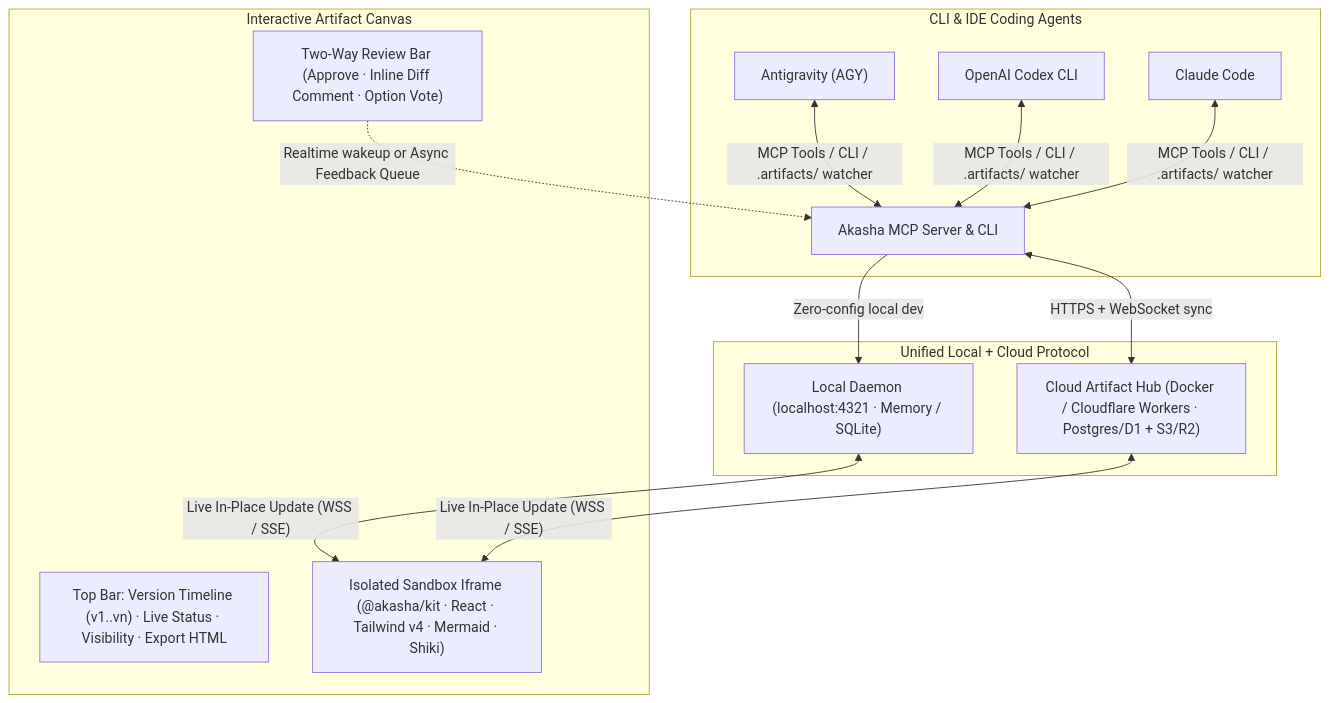
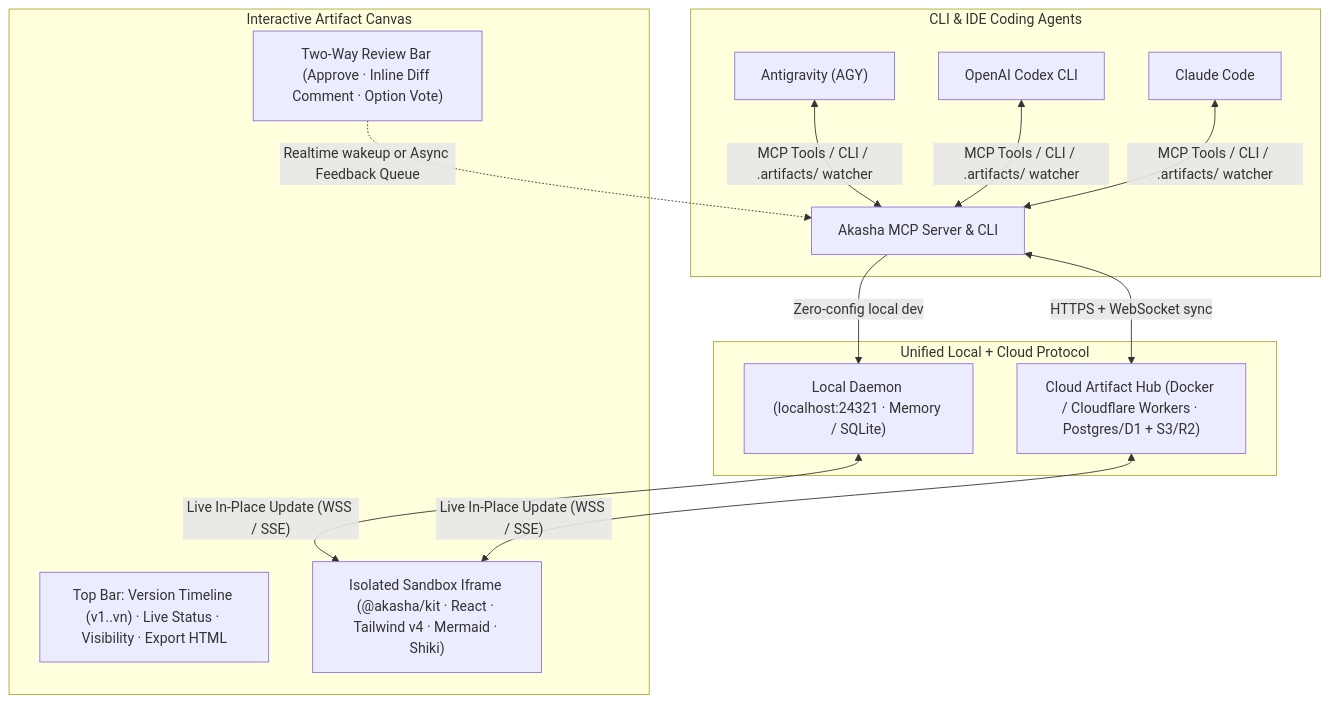
The diagram in README.md (VOD-Studio/akasha-artifacts), drawn with Mermaid before and after one commit. The commit also changed other lines of this file and 253 other files, not shown here.

````diff
--- a/README.md
+++ b/README.md
@@ -87,26 +87,26 @@
 ```mermaid
 flowchart TB
     subgraph Agents["CLI & IDE Coding Agents"]
         AG["Antigravity (AGY)"]
         CX["OpenAI Codex CLI"]
         CC["Claude Code"]
         MCP["Akasha MCP Server & CLI"]
     end
 
     subgraph Modes["Unified Local + Cloud Protocol"]
-        LOCAL["Local Daemon (localhost:4321 · Memory / SQLite)"]
+        LOCAL["Local Daemon (localhost:24321 · Memory / SQLite)"]
         CLOUD["Cloud Artifact Hub (Docker / Cloudflare Workers · Postgres/D1 + S3/R2)"]
     end
 
     subgraph Browser["Interactive Artifact Canvas"]
         BAR["Top Bar: Version Timeline (v1..vn) · Live Status · Visibility · Export HTML"]
         SANDBOX["Isolated Sandbox Iframe (@akasha/kit · React · Tailwind v4 · Mermaid · Shiki)"]
         HITL["Two-Way Review Bar (Approve · Inline Diff Comment · Option Vote)"]
     end
 
     AG & CX & CC <-->|"MCP Tools / CLI / .artifacts/ watcher"| MCP
     MCP -->|"Zero-config local dev"| LOCAL
     MCP <-->|"HTTPS + WebSocket sync"| CLOUD
     LOCAL & CLOUD <-->|"Live In-Place Update (WSS / SSE)"| SANDBOX
     HITL -.->|"Realtime wakeup or Async Feedback Queue"| MCP
 ```
````
